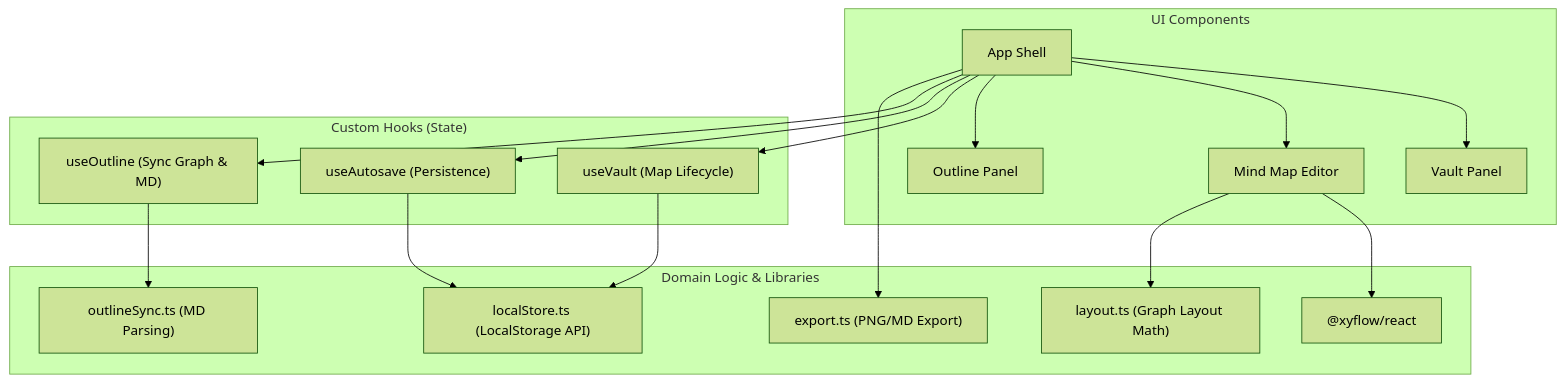
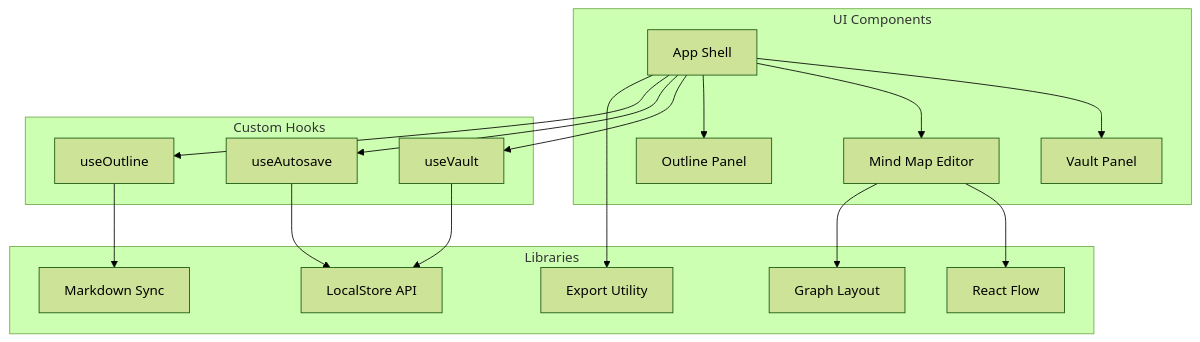
Before and after one commit to mdfranz/arvindkc-mind-maps: the diagram in README.md, drawn with Mermaid (forest theme).

Commit message:
Update README: add screenshot and fix mermaid chart

````diff
--- a/README.md
+++ b/README.md
@@ -20,38 +20,38 @@
 ```mermaid
-graph TD
-    subgraph UI["UI Components"]
-        App["App Shell"]
-        VaultPanel["Vault Panel"]
-        Editor["Mind Map Editor"]
-        OutlinePanel["Outline Panel"]
+flowchart TD
+    subgraph UI [UI Components]
+        App[App Shell]
+        VaultPanel[Vault Panel]
+        Editor[Mind Map Editor]
+        OutlinePanel[Outline Panel]
         
         App --> VaultPanel
         App --> Editor
         App --> OutlinePanel
     end
 
-    subgraph Hooks["Custom Hooks (State)"]
-        useVault["useVault (Map Lifecycle)"]
-        useAutosave["useAutosave (Persistence)"]
-        useOutline["useOutline (Sync Graph & MD)"]
+    subgraph Hooks [Custom Hooks]
+        useVault[useVault]
+        useAutosave[useAutosave]
+        useOutline[useOutline]
         
         App --> useVault
         App --> useAutosave
         App --> useOutline
     end
 
-    subgraph Libs["Domain Logic & Libraries"]
-        ReactFlow["@xyflow/react"]
-        LocalStore["localStore.ts (LocalStorage API)"]
-        Layout["layout.ts (Graph Layout Math)"]
-        Export["export.ts (PNG/MD Export)"]
-        OutlineSync["outlineSync.ts (MD Parsing)"]
+    subgraph Libs [Libraries]
+        ReactFlow[React Flow]
+        LocalStore[LocalStore API]
+        Layout[Graph Layout]
+        Export[Export Utility]
+        OutlineSync[Markdown Sync]
 
         Editor --> ReactFlow
         useVault --> LocalStore
         useAutosave --> LocalStore
         Editor --> Layout
         App --> Export
         useOutline --> OutlineSync
     end
 ```
````
